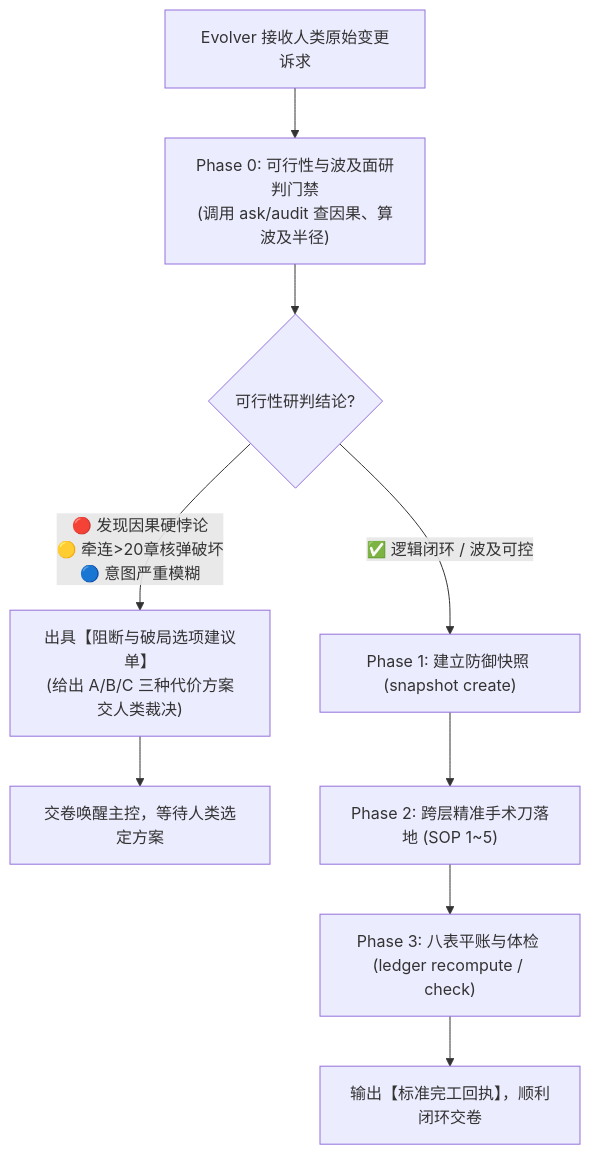
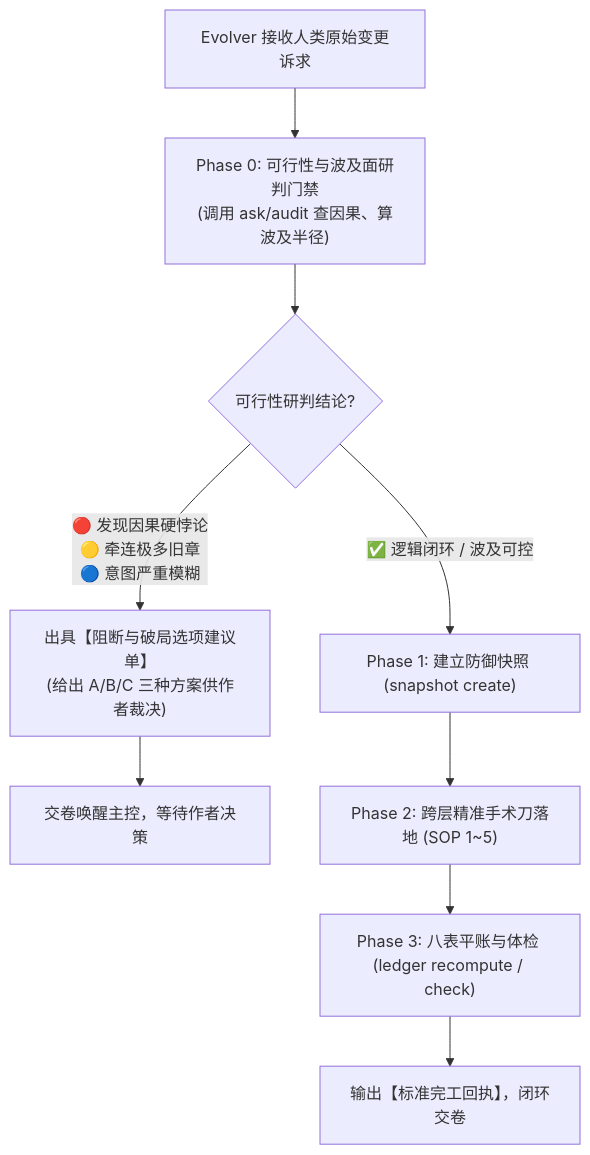
One commit to cg110902/NOVEL changed the diagram in .agents/skills/evolution/SKILL.md. Above: the diagram before and after it, drawn with Mermaid. The commit also changed other lines of this file and 22 other files, not shown here.

````diff
--- a/.agents/skills/evolution/SKILL.md
+++ b/.agents/skills/evolution/SKILL.md
@@ -27,13 +39,13 @@
 ```mermaid
 graph TD
     Start["Evolver 接收人类原始变更诉求"] --> P0["Phase 0: 可行性与波及面研判门禁<br/>(调用 ask/audit 查因果、算波及半径)"]
     P0 --> Check{"可行性研判结论?"}
     
-    Check -- "🔴 发现因果硬悖论<br/>🟡 牵连>20章核弹破坏<br/>🔵 意图严重模糊" --> Report["出具【阻断与破局选项建议单】<br/>(给出 A/B/C 三种代价方案交人类裁决)"]
-    Report --> Stop["交卷唤醒主控，等待人类选定方案"]
+    Check -- "🔴 发现因果硬悖论<br/>🟡 牵连极多旧章<br/>🔵 意图严重模糊" --> Report["出具【阻断与破局选项建议单】<br/>(给出 A/B/C 三种方案供作者裁决)"]
+    Report --> Stop["交卷唤醒主控，等待作者决策"]
     
     Check -- "✅ 逻辑闭环 / 波及可控" --> Step1["Phase 1: 建立防御快照 (snapshot create)"]
     Step1 --> Step2["Phase 2: 跨层精准手术刀落地 (SOP 1~5)"]
     Step2 --> Step3["Phase 3: 八表平账与体检 (ledger recompute / check)"]
-    Step3 --> Done["输出【标准完工回执】，顺利闭环交卷"]
+    Step3 --> Done["输出【标准完工回执】，闭环交卷"]
 ```
````
